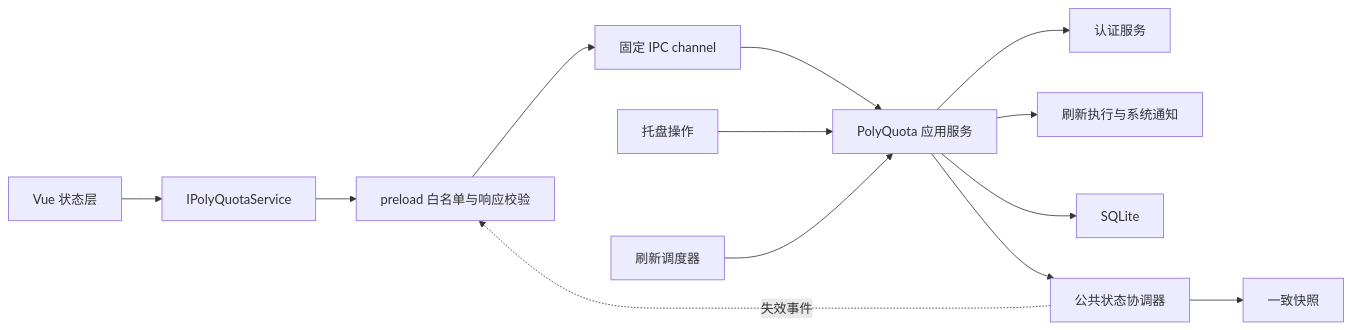
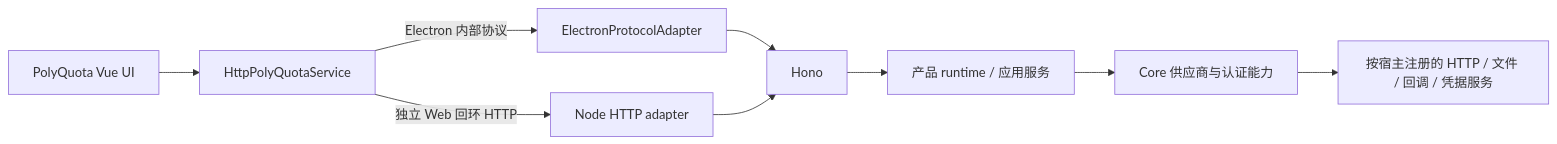
One commit to SwingCosmic/astra-conductor changed the diagram in docs/polyquota/runtime-and-communication-review.md. Above: the diagram before and after it, drawn with Mermaid. The commit also changed other lines of this file and 52 other files, not shown here.

````diff
--- a/docs/polyquota/runtime-and-communication-review.md
+++ b/docs/polyquota/runtime-and-communication-review.md
@@ -402,15 +15,11 @@
 ```mermaid
 flowchart LR
-  UI[Vue 状态层] --> SERVICE[IPolyQuotaService]
-  SERVICE --> PRELOAD[preload 白名单与响应校验]
-  PRELOAD --> IPC[固定 IPC channel]
-  IPC --> APP[PolyQuota 应用服务]
-  TRAY[托盘操作] --> APP
-  SCHEDULER[刷新调度器] --> APP
-  APP --> AUTH[认证服务]
-  APP --> REFRESH[刷新执行与系统通知]
-  APP --> STORAGE[SQLite]
-  APP --> STATE[公共状态协调器]
-  STATE --> SNAPSHOT[一致快照]
-  STATE -.失效事件.-> PRELOAD
+  UI[PolyQuota Vue UI] --> CLIENT[HttpPolyQuotaService]
+  CLIENT -->|Electron 内部协议| E[ElectronProtocolAdapter]
+  CLIENT -->|独立 Web 回环 HTTP| N[Node HTTP adapter]
+  E --> H[Hono]
+  N --> H
+  H --> R[产品 runtime / 应用服务]
+  R --> C[Core 供应商与认证能力]
+  C --> HOST[按宿主注册的 HTTP / 文件 / 回调 / 凭据服务]
 ```
````
